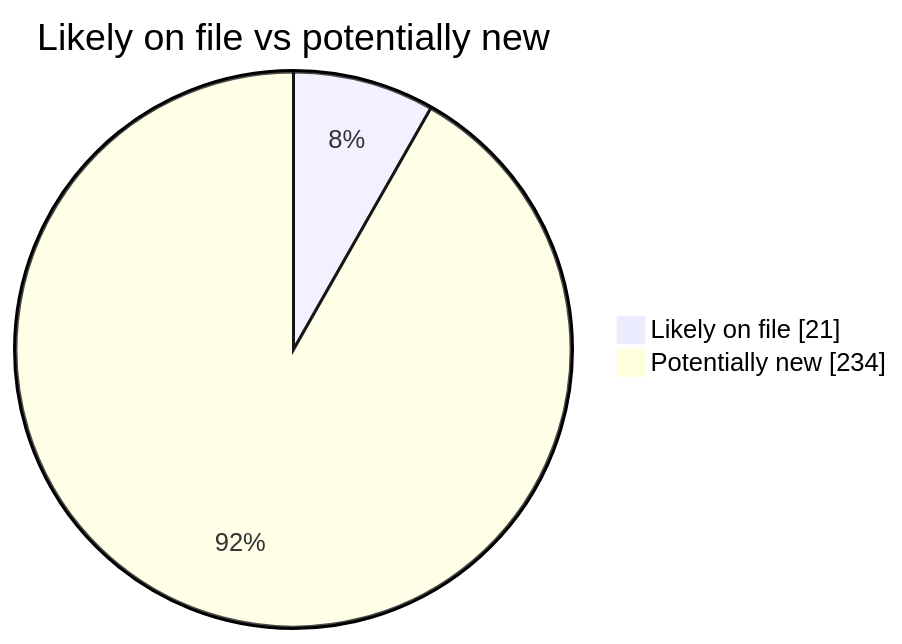
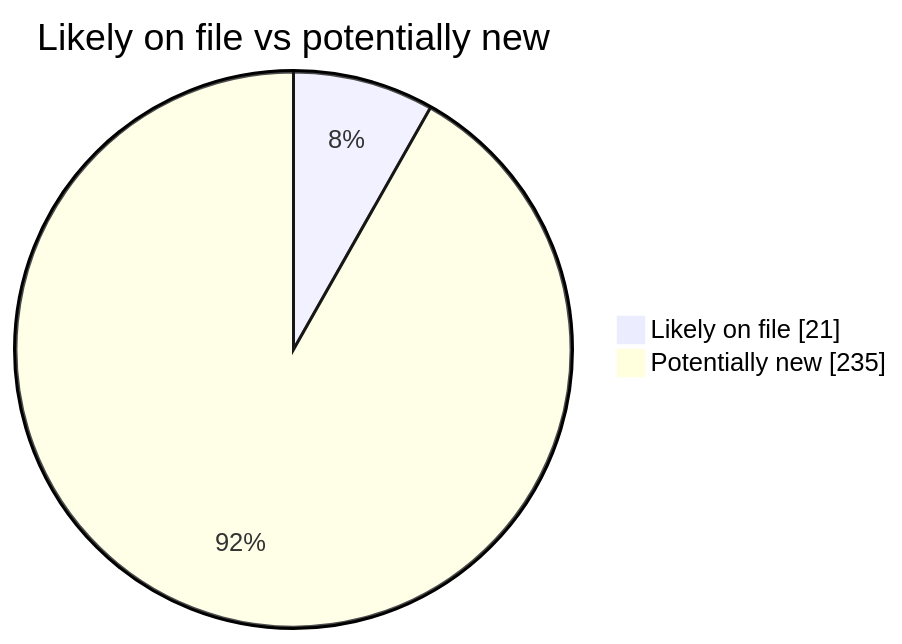
One commit to martinbalfanz/social-scanner-reports changed the second of 4 diagrams in README.md. Above: the diagram before and after it, drawn with Mermaid. The commit also changed other lines of this file and 2 other files, not shown here.

````diff
--- a/README.md
+++ b/README.md
@@ -40,5 +40,5 @@
 ```mermaid
 pie showData title Likely on file vs potentially new
     "Likely on file" : 21
-    "Potentially new" : 234
+    "Potentially new" : 235
 ```
````
